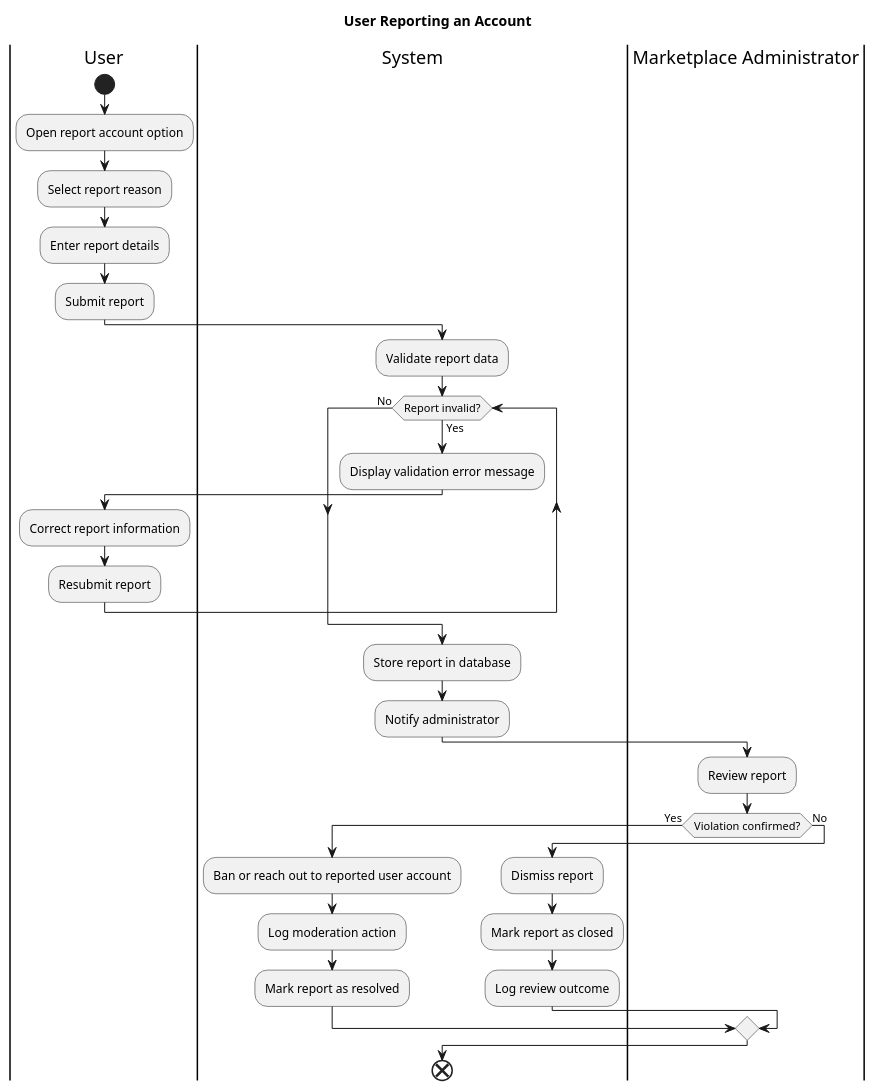
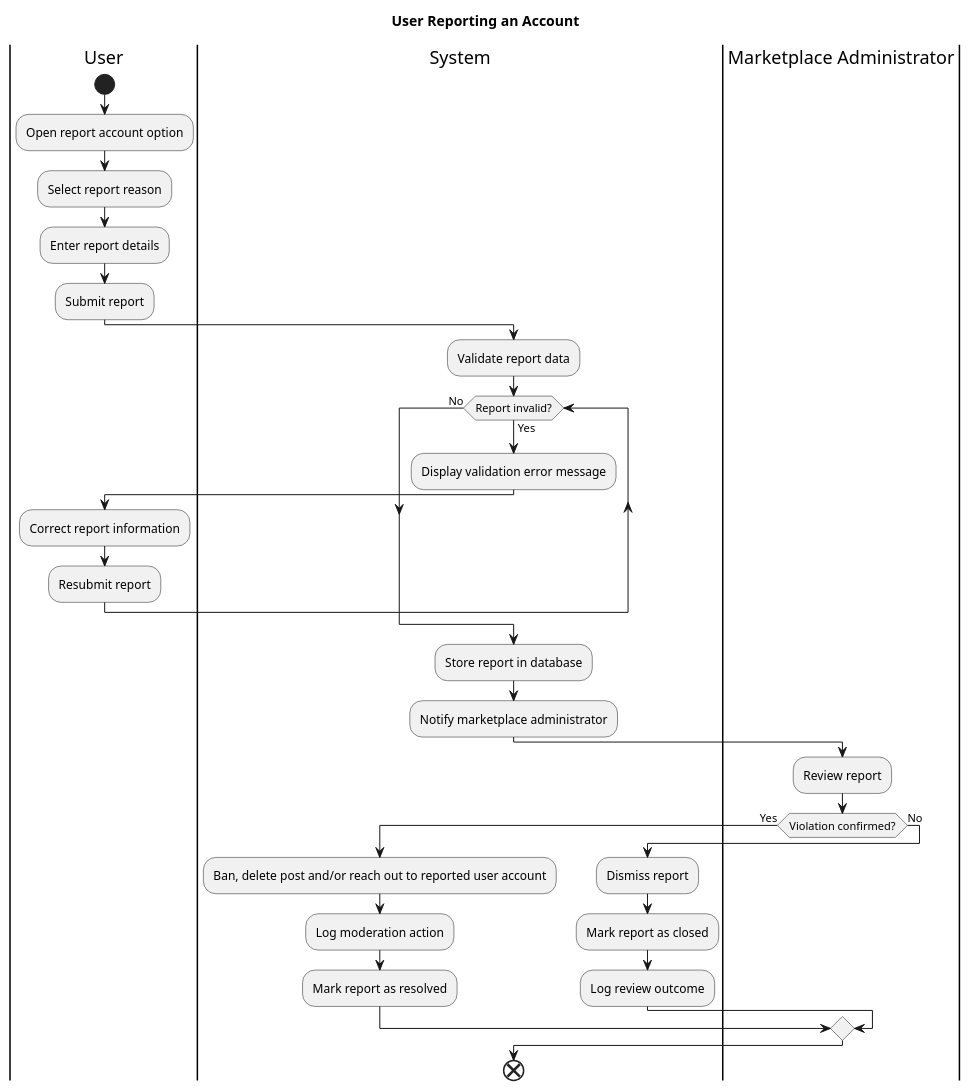
Before and after one commit to JanPerez35/PlantUML: the diagram in activityDiagrams/User Reporting an Account.puml, drawn with PlantUML. The commit also changed 26 other files, not shown here.

Commit message:
Updates use case diagrams and activity diagrams

```diff
--- a/activityDiagrams/User Reporting an Account.puml
+++ b/activityDiagrams/User Reporting an Account.puml
@@ -1,42 +1,42 @@
 @startuml
 title User Reporting an Account
 
 |User|
 start
 :Open report account option;
 :Select report reason;
 :Enter report details;
 :Submit report;
 
 |System|
 :Validate report data;
 
 while (Report invalid?) is (Yes)
   :Display validation error message;
   |User|
   :Correct report information;
   :Resubmit report;
   |System|
 
 endwhile (No)
 
 :Store report in database;
-:Notify administrator;
+:Notify marketplace administrator;
 
 |Marketplace Administrator|
 :Review report;
 
 if (Violation confirmed?) then (Yes)
   |System|
-  :Ban or reach out to reported user account;
+  :Ban, delete post and/or reach out to reported user account;
   :Log moderation action;
   :Mark report as resolved;
 else (No)
   |System|
   :Dismiss report;
   :Mark report as closed;
   :Log review outcome;
 endif
 
 end
 @enduml
```
